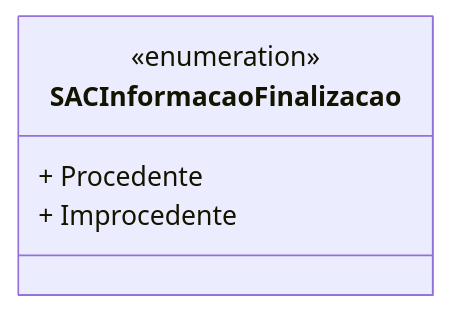
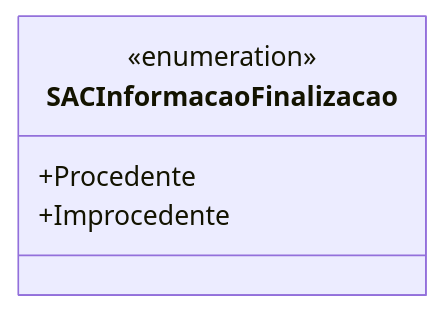
The diagram in docs/b2b-dominio/IsthmusWinthor.Nucleo/IsthmusWinthor.Dominio/Enumeradores/SACInformacaoFinalizacao.md (IsthmusSistemas/documentacao-tecnica), drawn with Mermaid before and after one commit. The commit also changed other lines of this file and 882 other files, not shown here.

````diff
--- a/docs/b2b-dominio/IsthmusWinthor.Nucleo/IsthmusWinthor.Dominio/Enumeradores/SACInformacaoFinalizacao.md
+++ b/docs/b2b-dominio/IsthmusWinthor.Nucleo/IsthmusWinthor.Dominio/Enumeradores/SACInformacaoFinalizacao.md
@@ -12,8 +16,8 @@
 ```mermaid
 classDiagram
     class SACInformacaoFinalizacao {
         <<enumeration>>
-        + Procedente
-        + Improcedente
+        +Procedente
+        +Improcedente
     }
 ```
````
